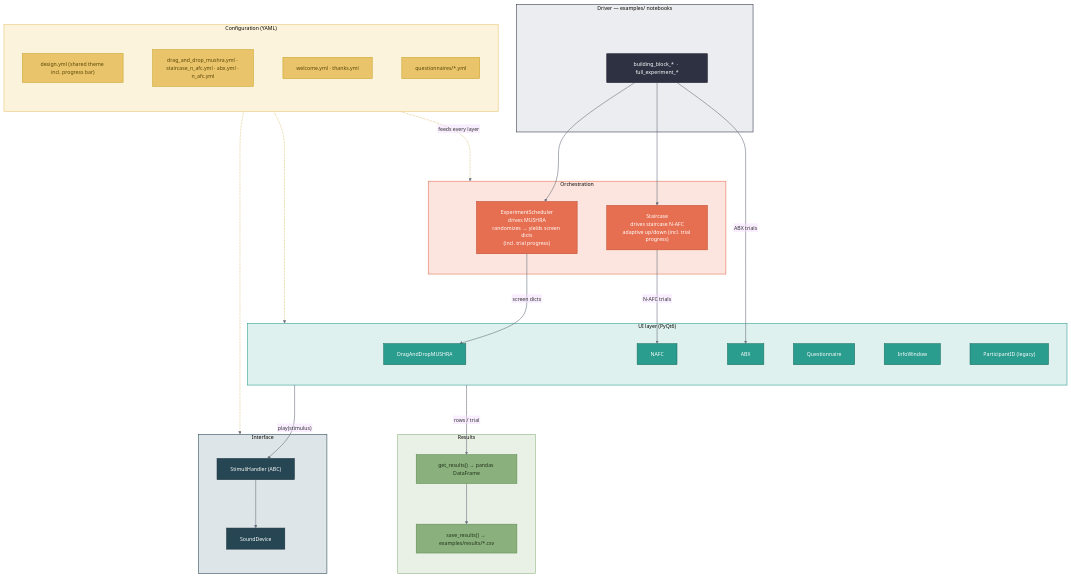
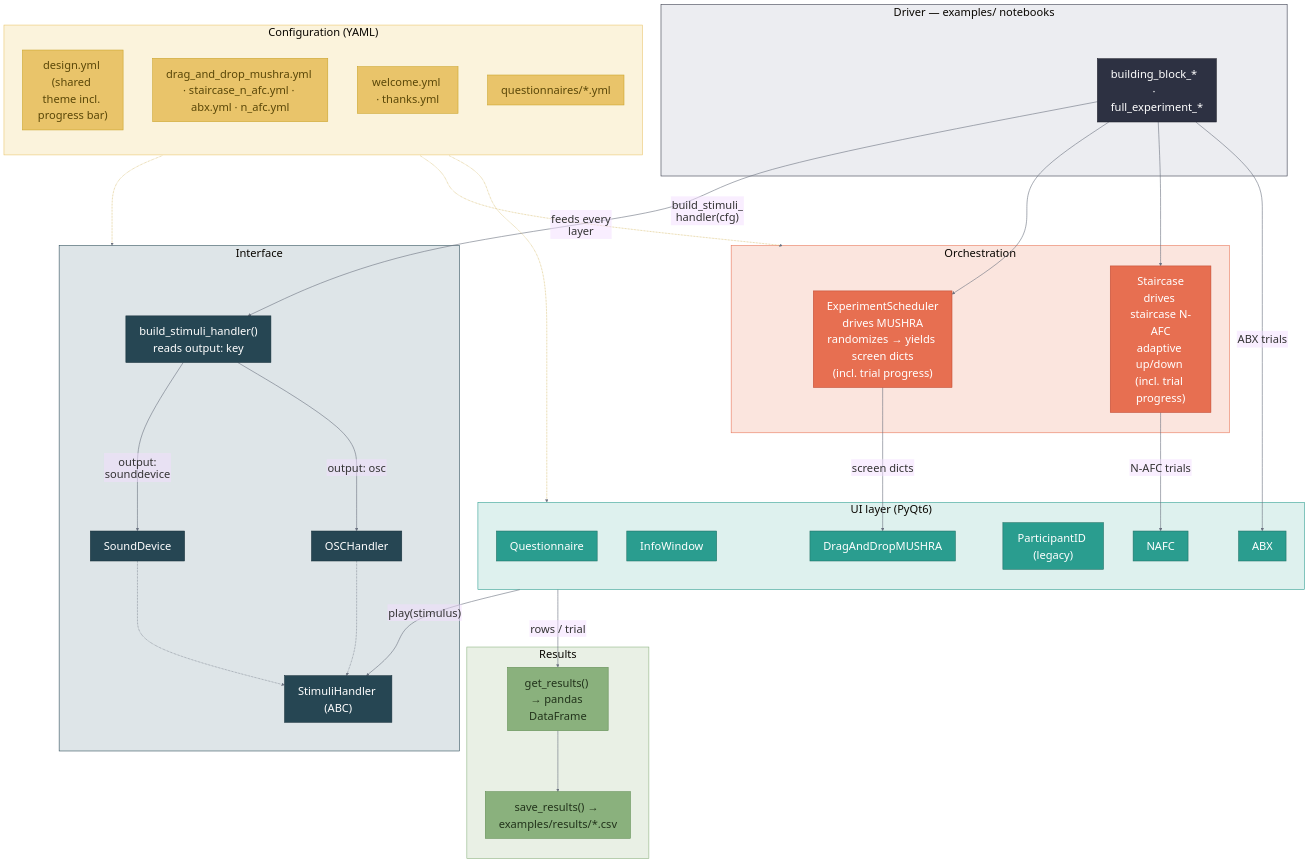
The diagram in README.md (tomstrobl/whispy), drawn with Mermaid before and after one commit.

Commit message:
updated mermaid-architecture in README

````diff
--- a/README.md
+++ b/README.md
@@ -79,5 +79,6 @@
 ```mermaid
-%%{init: {"theme":"base","fontFamily":"Arial","themeVariables":{"fontFamily":"Arial","fontSize":"14px","lineColor":"#6b7280"},"flowchart":{"curve":"basis","nodeSpacing":80,"rankSpacing":110,"padding":18,"htmlLabels":false,"useMaxWidth":true}}}%%
+%%{init: {"theme":"base","fontFamily":"Arial","themeVariables":{"fontFamily":"Arial","fontSize":"30px","lineColor":"#6b7280"},"flowchart":{"curve":"basis","nodeSpacing":80,"rankSpacing":110,"padding":18,"htmlLabels":false,"useMaxWidth":true}}}%%
+
 flowchart TB
     subgraph DRV["Driver — examples/ notebooks"]
         NB["building_block_*  ·  full_experiment_*"]
@@ -97,17 +98,19 @@
     end
 
     subgraph UI["UI layer (PyQt6)"]
+        QU["Questionnaire"]
+        IN["InfoWindow"]
         MU["DragAndDropMUSHRA"]
+        PI["ParticipantID (legacy)"]
         NA["NAFC"]
         AB["ABX"]
-        QU["Questionnaire"]
-        IN["InfoWindow"]
-        PI["ParticipantID (legacy)"]
     end
 
     subgraph AUD["Interface"]
+        FAC["build_stimuli_handler()<br/>reads output: key"]
         SH["StimuliHandler (ABC)"]
         SD["SoundDevice"]
+        OSC["OSCHandler"]
     end
 
     subgraph RES["Results"]
@@ -115,19 +118,25 @@
         SR["save_results() → examples/results/*.csv"]
     end
 
+
+    NB -->|"build_stimuli_handler(cfg)"| FAC
     NB --> SCH
     NB --> STC
     NB -->|"ABX trials"| AB
+    
     SCH -->|"screen dicts"| MU
     STC -->|"N-AFC trials"| NA
-    SH --> SD
+    FAC -->|"output: sounddevice"| SD
+    FAC -->|"output: osc"| OSC
+    SD -.-> SH
+    OSC -.-> SH
     UI -->|"play(stimulus)"| SH
     UI -->|"rows / trial"| GR
     GR --> SR
 
-    CFG -.-> AUD
+    CFG -.-> AUD    
+    CFG -. feeds every layer .-> ORCH
     CFG -.-> UI 
-    CFG -. feeds every layer .-> ORCH
 
     classDef cfg fill:#E9C46A,stroke:#C9A227,stroke-width:1.5px,color:#5a4708;
     classDef orch fill:#E76F51,stroke:#c0492f,stroke-width:1.5px,color:#fff;
@@ -138,7 +147,7 @@
     class C1,C2,C3,C4 cfg;
     class SCH,STC orch;
     class MU,NA,AB,QU,IN,PI ui;
-    class SH,SD aud;
+    class SH,SD,FAC,OSC aud;
     class GR,SR res;
     class NB drv;
 
@@ -152,5 +161,5 @@
 
     %% edges: data flow in grey, the dotted config feeds in soft gold
     linkStyle default stroke:#6b7280,stroke-width:1.6px;
-    linkStyle 9,10,11 stroke:#caa83f,stroke-width:1.4px;
+    linkStyle 13,14,15 stroke:#caa83f,stroke-width:1.4px;
 ```
````
